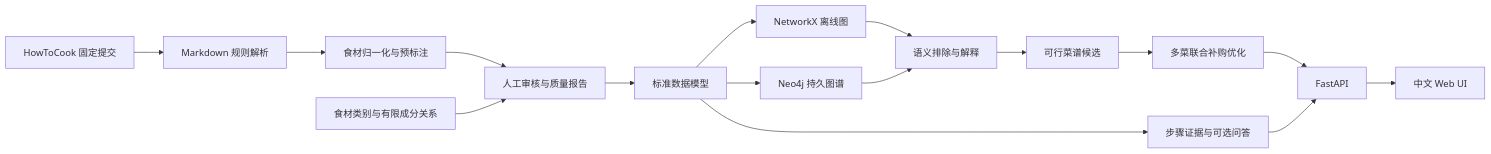
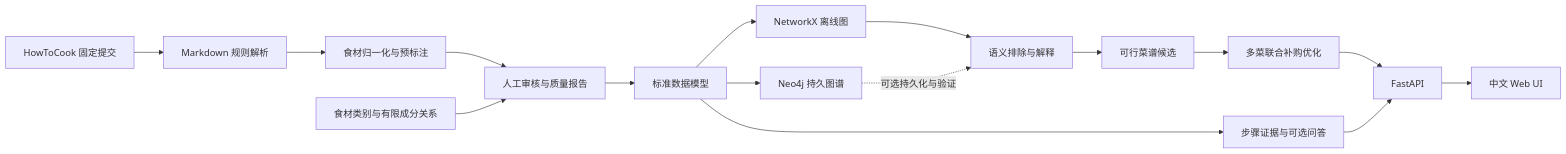
The diagram in docs/PROJECT.md (tft999/knowledge-engineering-practice), drawn with Mermaid before and after one commit. The commit also changed other lines of this file and 4 other files, not shown here.

````diff
--- a/docs/PROJECT.md
+++ b/docs/PROJECT.md
@@ -149,18 +152,18 @@
 ```mermaid
 flowchart LR
     A[HowToCook 固定提交] --> B[Markdown 规则解析]
     B --> C[食材归一化与预标注]
     C --> D[人工审核与质量报告]
     X[食材类别与有限成分关系] --> D
     D --> E[标准数据模型]
     E --> F[NetworkX 离线图]
     E --> G[Neo4j 持久图谱]
     F --> H[语义排除与解释]
-    G --> H
+    G -. 可选持久化与验证 .-> H
     H --> I[可行菜谱候选]
     I --> J[多菜联合补购优化]
     J --> K[FastAPI]
     K --> L[中文 Web UI]
     E --> M[步骤证据与可选问答]
     M --> K
 ```
````
